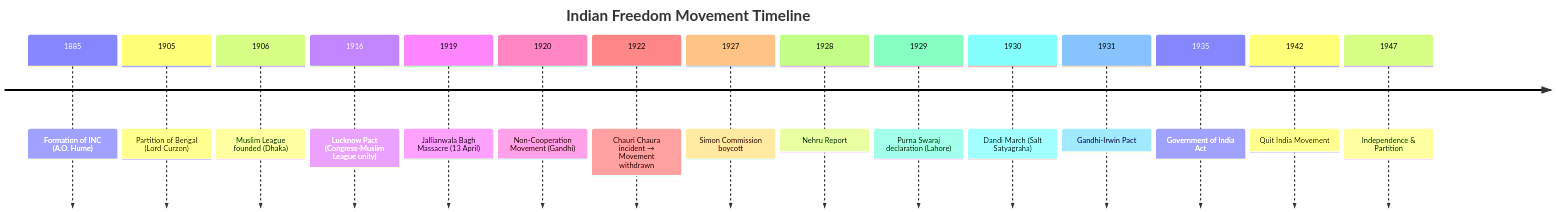
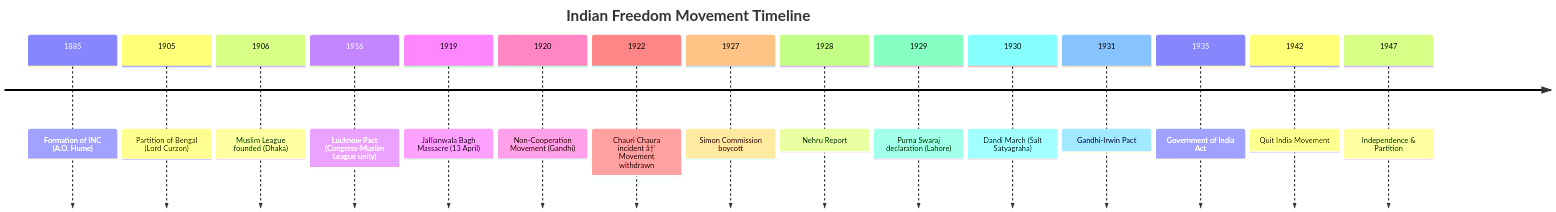
One commit to Raushan666java/ai-engineering-journey changed the fifth of 6 diagrams in docs/courses/general-awareness/03-indian-history.md. Above: the diagram before and after it, drawn with Mermaid. The commit also changed other lines of this file and 735 other files, not shown here.

````diff
--- a/docs/courses/general-awareness/03-indian-history.md
+++ b/docs/courses/general-awareness/03-indian-history.md
@@ -256,19 +256,19 @@
 ```mermaid
 timeline
     title Indian Freedom Movement Timeline
     1885 : Formation of INC (A.O. Hume)
     1905 : Partition of Bengal (Lord Curzon)
     1906 : Muslim League founded (Dhaka)
     1916 : Lucknow Pact (Congress-Muslim League unity)
     1919 : Jallianwala Bagh Massacre (13 April)
     1920 : Non-Cooperation Movement (Gandhi)
-    1922 : Chauri Chaura incident → Movement withdrawn
+    1922 : Chauri Chaura incident â†’ Movement withdrawn
     1927 : Simon Commission boycott
     1928 : Nehru Report
     1929 : Purna Swaraj declaration (Lahore)
     1930 : Dandi March (Salt Satyagraha)
     1931 : Gandhi-Irwin Pact
     1935 : Government of India Act
     1942 : Quit India Movement
     1947 : Independence & Partition
 ```
````
